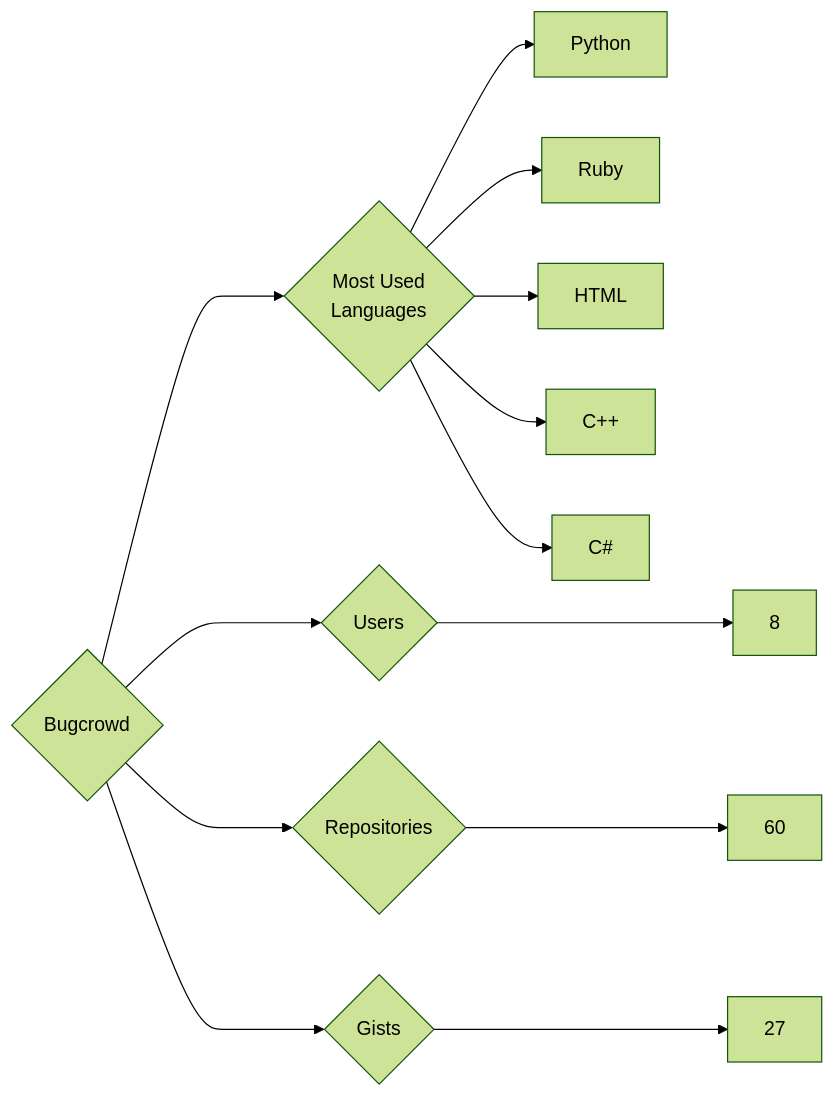
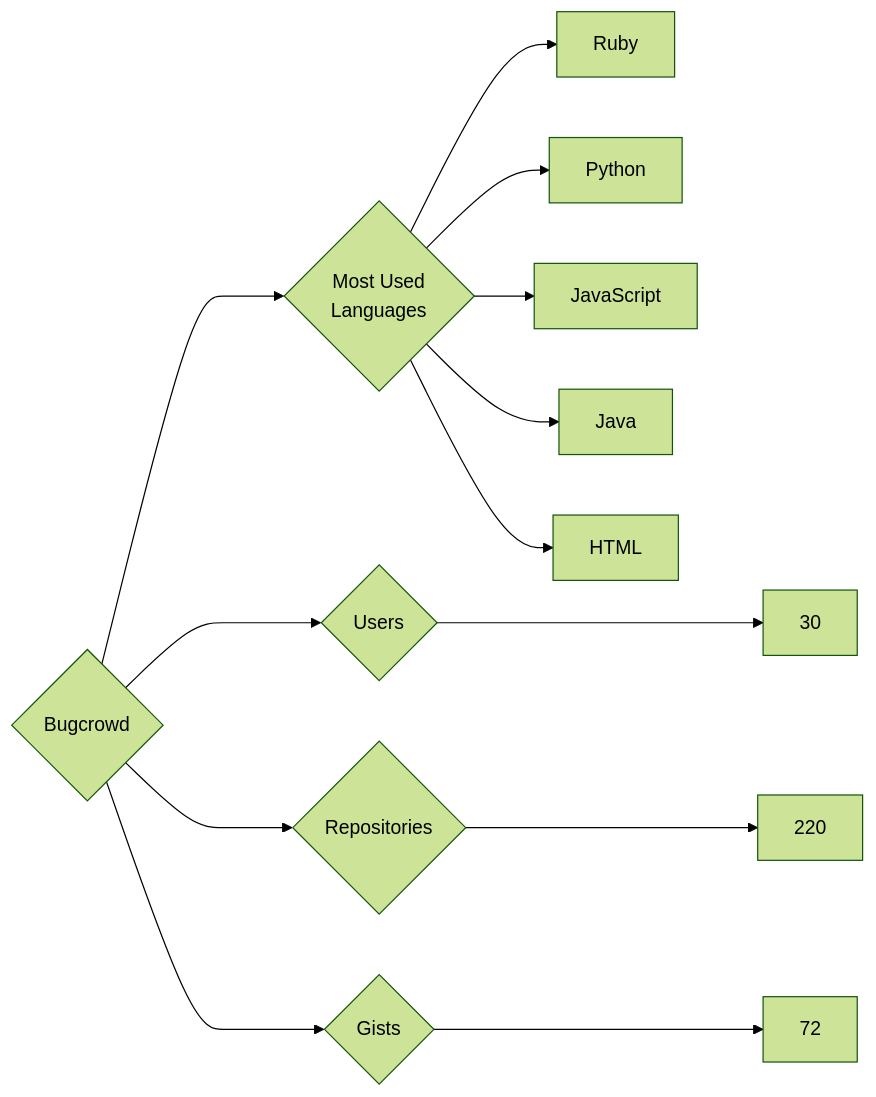
One commit to trickest/insiders changed the diagram in targets/Bugcrowd/README.md. Above: the diagram before and after it, drawn with Mermaid (forest theme). The commit also changed 891 other files, not shown here.

````diff
--- a/targets/Bugcrowd/README.md
+++ b/targets/Bugcrowd/README.md
@@ -3,13 +3,13 @@
 ```mermaid
 graph LR
 COMPANY_NAME{Bugcrowd}
-COMPANY_NAME ---> U{Users} ---> UN[8]
-COMPANY_NAME ---> R{Repositories} ---> RN[60]
-COMPANY_NAME ---> G{Gists} ---> GN[27]
+COMPANY_NAME ---> U{Users} ---> UN[30]
+COMPANY_NAME ---> R{Repositories} ---> RN[220]
+COMPANY_NAME ---> G{Gists} ---> GN[72]
 COMPANY_NAME ---> ML{Most Used<br>Languages}
+ML --> Ruby[Ruby]
 ML --> Python[Python]
-ML --> Ruby[Ruby]
+ML --> JavaScript[JavaScript]
+ML --> Java[Java]
 ML --> HTML[HTML]
-ML --> C++[C++]
-ML --> C#[C#]
 ```
````
